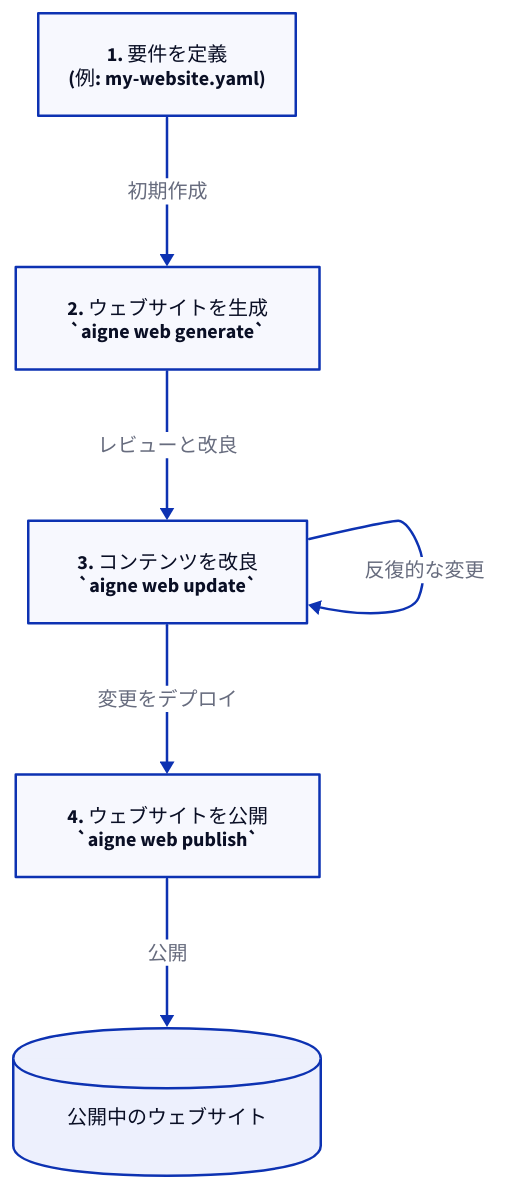
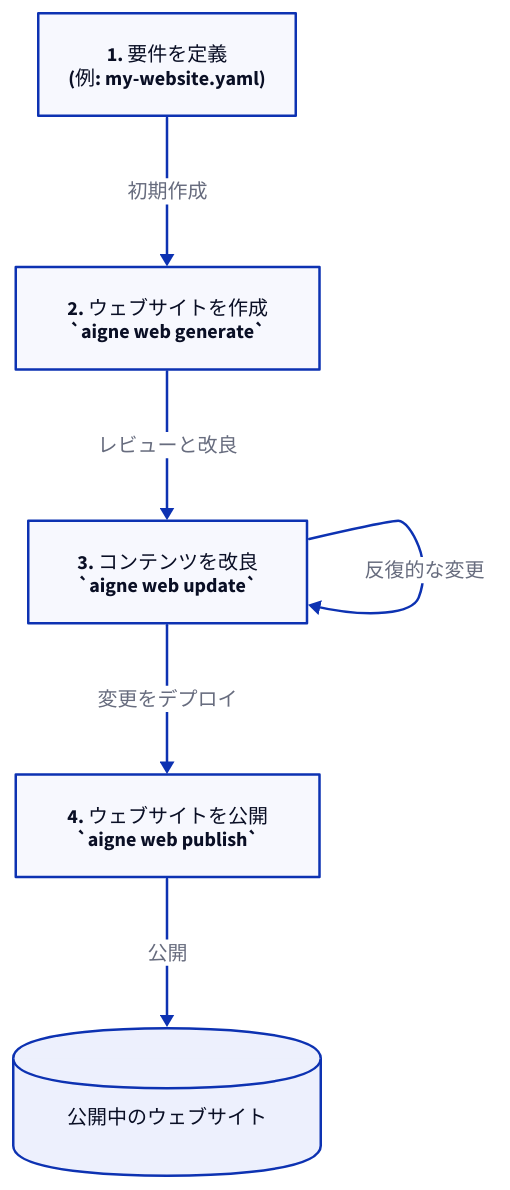
One commit to AIGNE-io/aigne-web-smith changed the diagram in .aigne/doc-smith/docs/guides.ja.md. Above: the diagram before and after it, drawn with D2. The commit also changed other lines of this file and 66 other files, not shown here.

````diff
--- a/.aigne/doc-smith/docs/guides.ja.md
+++ b/.aigne/doc-smith/docs/guides.ja.md
@@ -11,34 +11,34 @@
 ```d2
 direction: down
 
 config: {
   label: "1. 要件を定義\n(例: my-website.yaml)"
   shape: rectangle
 }
 
 generate: {
-  label: "2. ウェブサイトを生成\n`aigne web generate`"
+  label: "2. ウェブサイトを作成\n`aigne web generate`"
   shape: rectangle
 }
 
 update: {
   label: "3. コンテンツを改良\n`aigne web update`"
   shape: rectangle
 }
 
 publish: {
   label: "4. ウェブサイトを公開\n`aigne web publish`"
   shape: rectangle
 }
 
 live_site: {
   label: "公開中のウェブサイト"
   shape: cylinder
 }
 
 config -> generate: "初期作成"
 generate -> update: "レビューと改良"
 update -> update: "反復的な変更"
 update -> publish: "変更をデプロイ"
 publish -> live_site: "公開"
 ```
````
